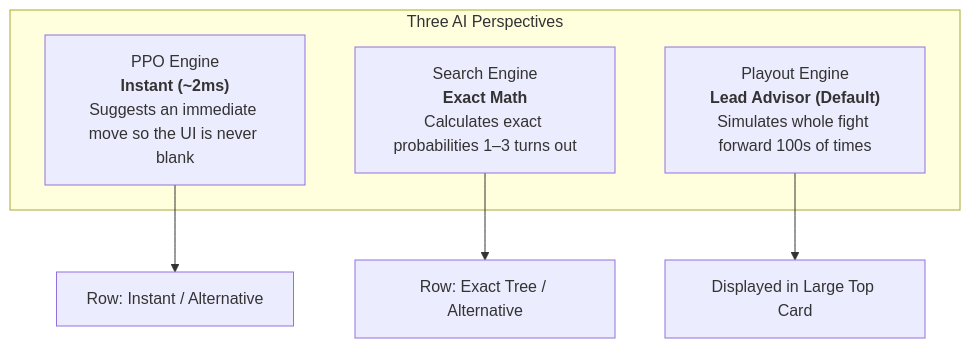
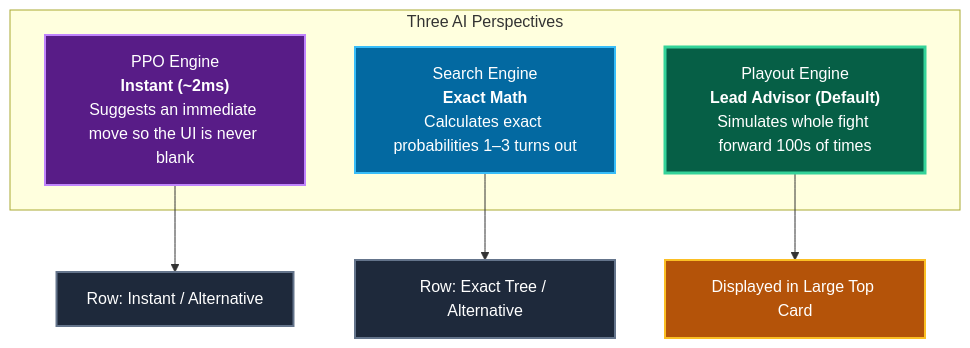
Before and after one commit to Angle-Brackets/TTRSolver: the third of 5 diagrams in docs/user-guide.md, drawn with Mermaid. The commit also changed other lines of this file and 9 other files, not shown here.

Commit message:
docs: color-code all Mermaid diagrams with distinct visual themes

````diff
--- a/docs/user-guide.md
+++ b/docs/user-guide.md
@@ -231,12 +253,24 @@
 ```mermaid
 flowchart TD
+    classDef ppoNode fill:#581c87,stroke:#c084fc,stroke-width:2px,color:#ffffff
+    classDef searchNode fill:#0369a1,stroke:#38bdf8,stroke-width:2px,color:#ffffff
+    classDef playoutNode fill:#065f46,stroke:#34d399,stroke-width:3px,color:#ffffff
+    classDef cardNode fill:#b45309,stroke:#fbbf24,stroke-width:2px,color:#ffffff
+    classDef altNode fill:#1e293b,stroke:#64748b,stroke-width:2px,color:#ffffff
+
     subgraph ThreeEngines["Three AI Perspectives"]
         P["PPO Engine<br/><b>Instant (~2ms)</b><br/>Suggests an immediate move so the UI is never blank"]
         S["Search Engine<br/><b>Exact Math</b><br/>Calculates exact probabilities 1–3 turns out"]
         PL["Playout Engine<br/><b>Lead Advisor (Default)</b><br/>Simulates whole fight forward 100s of times"]
     end
 
     PL --> Lead["Displayed in Large Top Card"]
     P --> Row1["Row: Instant / Alternative"]
     S --> Row2["Row: Exact Tree / Alternative"]
+
+    class P ppoNode
+    class S searchNode
+    class PL playoutNode
+    class Lead cardNode
+    class Row1,Row2 altNode
 ```
````
